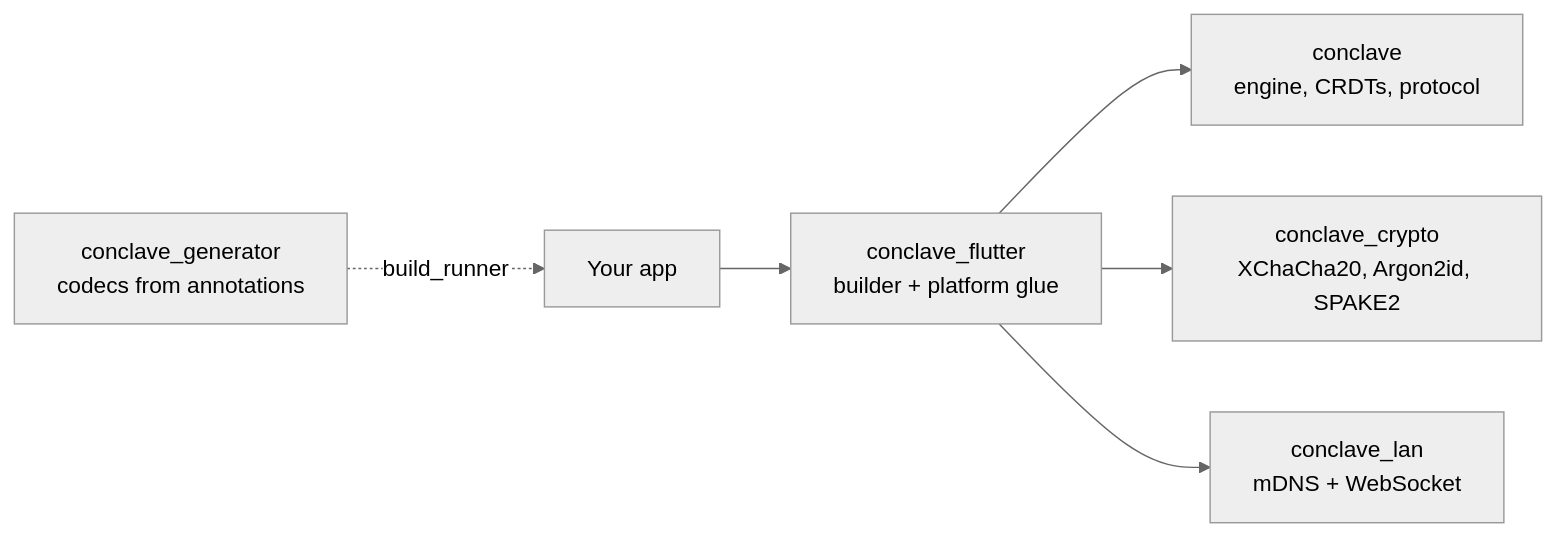
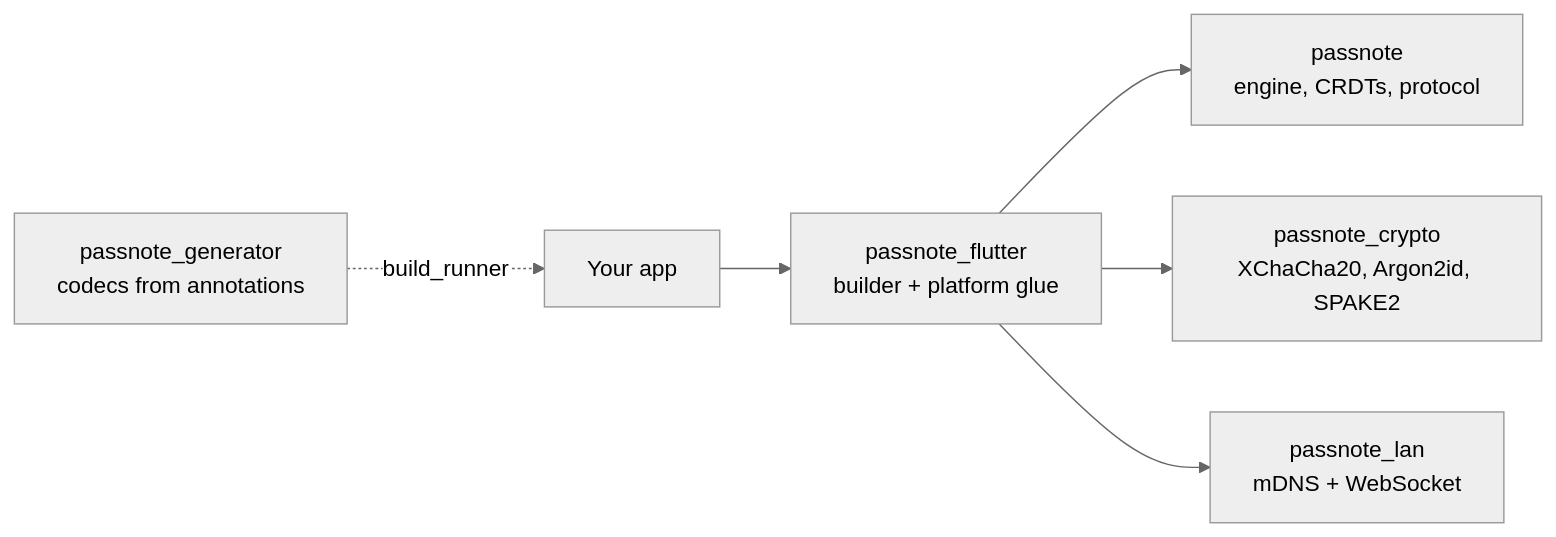
One commit to nodsoftware/passnote changed the diagram in docs/index.md. Above: the diagram before and after it, drawn with Mermaid (neutral theme). The commit also changed other lines of this file and 355 other files, not shown here.

Commit message:
🚚 Rename the project from Conclave to Passnote.

````diff
--- a/docs/index.md
+++ b/docs/index.md
@@ -46,8 +46,8 @@
 ```mermaid
 flowchart LR
-  App["Your app"] --> F["conclave_flutter<br/>builder + platform glue"]
-  F --> Core["conclave<br/>engine, CRDTs, protocol"]
-  F --> Crypto["conclave_crypto<br/>XChaCha20, Argon2id, SPAKE2"]
-  F --> Lan["conclave_lan<br/>mDNS + WebSocket"]
-  Gen["conclave_generator<br/>codecs from annotations"] -. build_runner .-> App
+  App["Your app"] --> F["passnote_flutter<br/>builder + platform glue"]
+  F --> Core["passnote<br/>engine, CRDTs, protocol"]
+  F --> Crypto["passnote_crypto<br/>XChaCha20, Argon2id, SPAKE2"]
+  F --> Lan["passnote_lan<br/>mDNS + WebSocket"]
+  Gen["passnote_generator<br/>codecs from annotations"] -. build_runner .-> App
 ```
````
